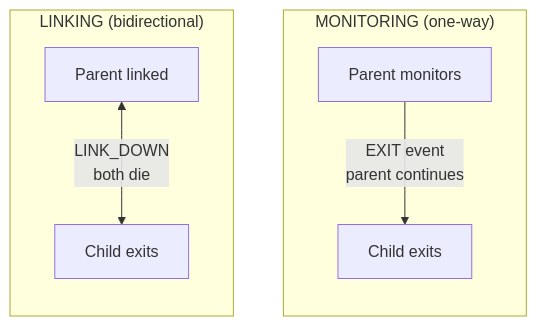
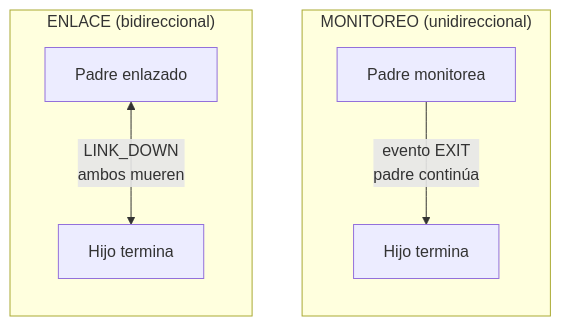
The diagram in es/tutorials/supervision.md (wippyai/docs), drawn with Mermaid before and after one commit. The commit also changed other lines of this file and 79 other files, not shown here.

````diff
--- a/es/tutorials/supervision.md
+++ b/es/tutorials/supervision.md
@@ -17,12 +17,12 @@
 ```mermaid
 flowchart TB
-    subgraph Monitoring["MONITORING (one-way)"]
+    subgraph Monitoring["MONITOREO (unidireccional)"]
         direction TB
-        P1[Parent monitors] -->|EXIT event<br/>parent continues| C1[Child exits]
+        P1[Padre monitorea] -->|evento EXIT<br/>padre continúa| C1[Hijo termina]
     end
 
-    subgraph Linking["LINKING (bidirectional)"]
+    subgraph Linking["ENLACE (bidireccional)"]
         direction TB
-        P2[Parent linked] <-->|LINK_DOWN<br/>both die| C2[Child exits]
+        P2[Padre enlazado] <-->|LINK_DOWN<br/>ambos mueren| C2[Hijo termina]
     end
 ```
````
